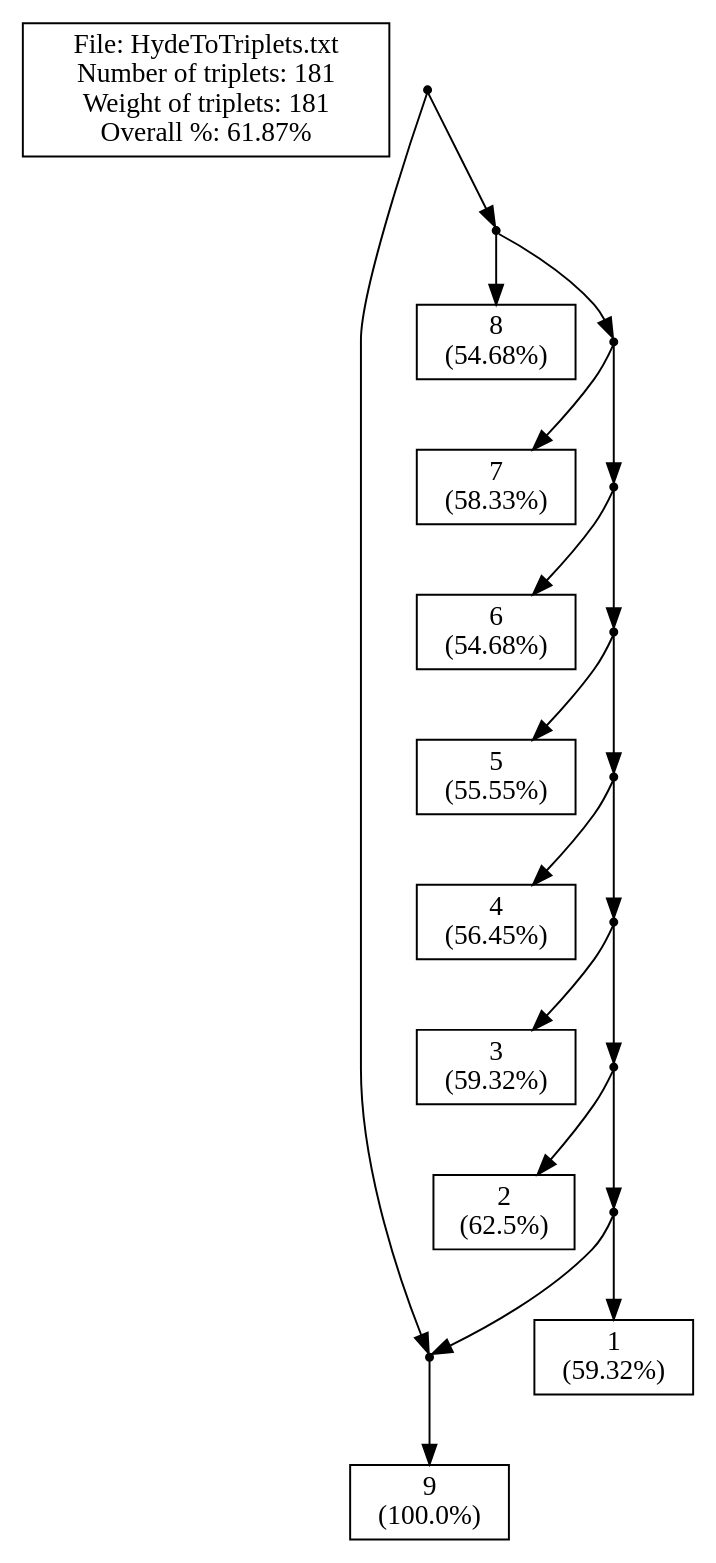
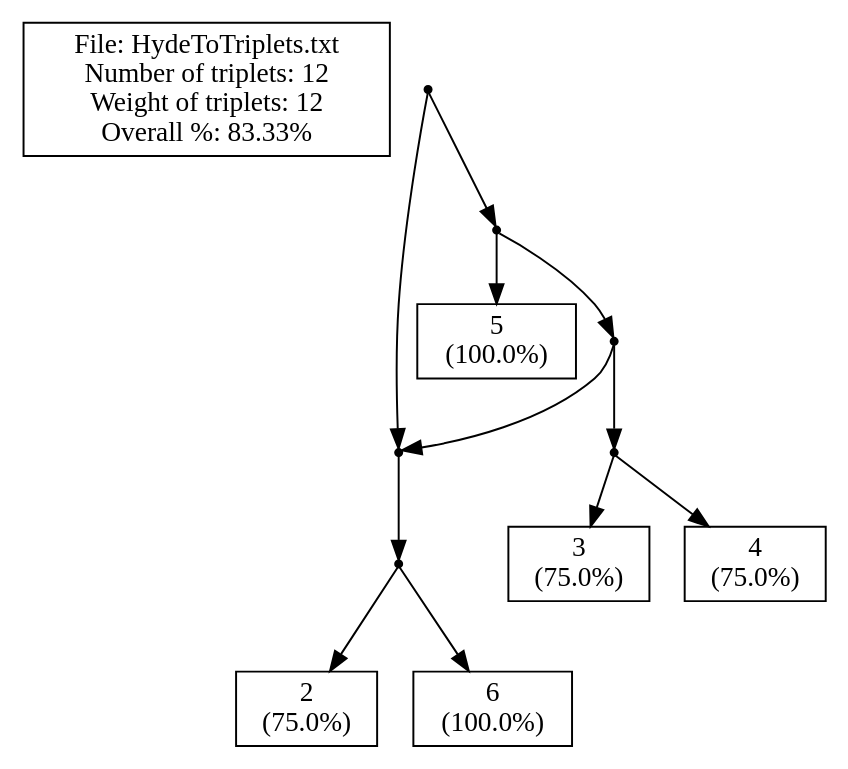
Before and after one commit to solislemuslab/phylo-knit: the diagram in New/Server/cExample1.dot, drawn with Graphviz. The commit also changed 22 other files, not shown here.

```diff
--- a/New/Server/cExample1.dot
+++ b/New/Server/cExample1.dot
@@ -1,66 +1,52 @@
 // LEV1ATHAN Version 1.0, 21 september 2009
 // COMMENT: Pre-processing the input file to count the leaves
-// COMMENT: Pre-processing showed that there are 9 leaves in the input.
-// SUMMARY: Input had 9 leaves.
+// COMMENT: Pre-processing showed that there are 5 leaves in the input.
+// SUMMARY: Input had 5 leaves.
 // USER-SETTING: Will *not* post-process output to collapse edges.
 // COMMENT: Triplet set is already dense.
-// SUMMARY: There are 181 triplets in the input.
-// SUMMARY: Total weight of input triplets is 181.
+// SUMMARY: There are 12 triplets in the input.
+// SUMMARY: Total weight of input triplets is 12.
 // SUMMARY: (Before post-processing)
-// SUMMARY: We got 112 units of triplet weight, that's 61.87% of total weight.
-// SUMMARY: In total 69 units of triplet weight were -not- consistent with the ouput network.
-// SUMMARY: Output network contained 0 triplets -not- in the original input.
-// SUMMARY: The symmetric difference is thus 69 + (1 * 0) = 69
+// SUMMARY: We got 10 units of triplet weight, that's 83.33% of total weight.
+// SUMMARY: In total 2 units of triplet weight were -not- consistent with the ouput network.
+// SUMMARY: Output network contained 4 triplets -not- in the original input.
+// SUMMARY: The symmetric difference is thus 2 + (1 * 4) = 6
 // SUMMARY: (After post-processing)
 strict digraph G1 {
 edge [fontsize=8]
-labelbox [shape=box, width=0.4, label="File: HydeToTriplets.txt\nNumber of triplets: 181\nWeight of triplets: 181\nOverall %: 61.87%"];
+labelbox [shape=box, width=0.4, label="File: HydeToTriplets.txt\nNumber of triplets: 12\nWeight of triplets: 12\nOverall %: 83.33%"];
 1000 [shape=point];
 1001 [shape=point];
-9 [shape=box, width=0.3, label="9\n(100.0%)"];
-1003 [shape=point];
-4 [shape=box, width=0.3, label="8\n(54.68%)"];
+1002 [shape=point];
+2 [shape=box, width=0.3, label="2\n(75.0%)"];
+5 [shape=box, width=0.3, label="6\n(100.0%)"];
 1005 [shape=point];
-7 [shape=box, width=0.3, label="7\n(58.33%)"];
+4 [shape=box, width=0.3, label="5\n(100.0%)"];
 1007 [shape=point];
-3 [shape=box, width=0.3, label="6\n(54.68%)"];
-1009 [shape=point];
-1 [shape=box, width=0.3, label="5\n(55.55%)"];
-1011 [shape=point];
-6 [shape=box, width=0.3, label="4\n(56.45%)"];
-1013 [shape=point];
-5 [shape=box, width=0.3, label="3\n(59.32%)"];
-1015 [shape=point];
-8 [shape=box, width=0.3, label="2\n(62.5%)"];
-1017 [shape=point];
-2 [shape=box, width=0.3, label="1\n(59.32%)"];
+1008 [shape=point];
+1 [shape=box, width=0.3, label="3\n(75.0%)"];
+3 [shape=box, width=0.3, label="4\n(75.0%)"];
 1000 -> 1001
-1000 -> 1003
-1001 -> 9
-1003 -> 4
-1003 -> 1005
-1005 -> 7
+1000 -> 1005
+1001 -> 1002
+1002 -> 2
+1002 -> 5
+1005 -> 4
 1005 -> 1007
-1007 -> 3
-1007 -> 1009
-1009 -> 1
-1009 -> 1011
-1011 -> 6
-1011 -> 1013
-1013 -> 5
-1013 -> 1015
-1015 -> 8
-1015 -> 1017
-1017 -> 2
-1017 -> 1001
-1001 -> 9
+1007 -> 1008
+1007 -> 1001
+1008 -> 1
+1008 -> 3
+1001 -> 1002
+1002 -> 2
+1002 -> 5
 }
-// SUMMARY: eNewick output: ((9)#H1,(8,(7,(6,(5,(4,(3,(2,(1,#H1)))))))));
-// SUMMARY: In total 69 units of triplet weight were -not- consistent with the ouput network.
-// SUMMARY: Output network contained 0 triplets -not- in the original input.
+// SUMMARY: eNewick output: (((2,6))#H1,(5,((3,4),#H1)));
+// SUMMARY: In total 2 units of triplet weight were -not- consistent with the ouput network.
+// SUMMARY: Output network contained 4 triplets -not- in the original input.
 // SUMMARY: Weight of missing triplets before contraction minus weight of missing triplets afterwards: 0
 // SUMMARY: Number of surplus triplets before contraction minus number of surplus triplets afterwards: 0
-// CONCLUSION: After post-processing we got 112 units of triplet weight, that's 61.87% of total weight (before post-processing this was 61.87%).
-// CONCLUSION: After post-processing the symmetric difference is thus 69 + (1 * 0) = 69 (before post-processing this was 69)
-// STAT: PERCENTAGE = 61.87
-// STAT: NETWORK-TRIPLET SD = 69
+// CONCLUSION: After post-processing we got 10 units of triplet weight, that's 83.33% of total weight (before post-processing this was 83.33%).
+// CONCLUSION: After post-processing the symmetric difference is thus 2 + (1 * 4) = 6 (before post-processing this was 6)
+// STAT: PERCENTAGE = 83.33
+// STAT: NETWORK-TRIPLET SD = 6
```
